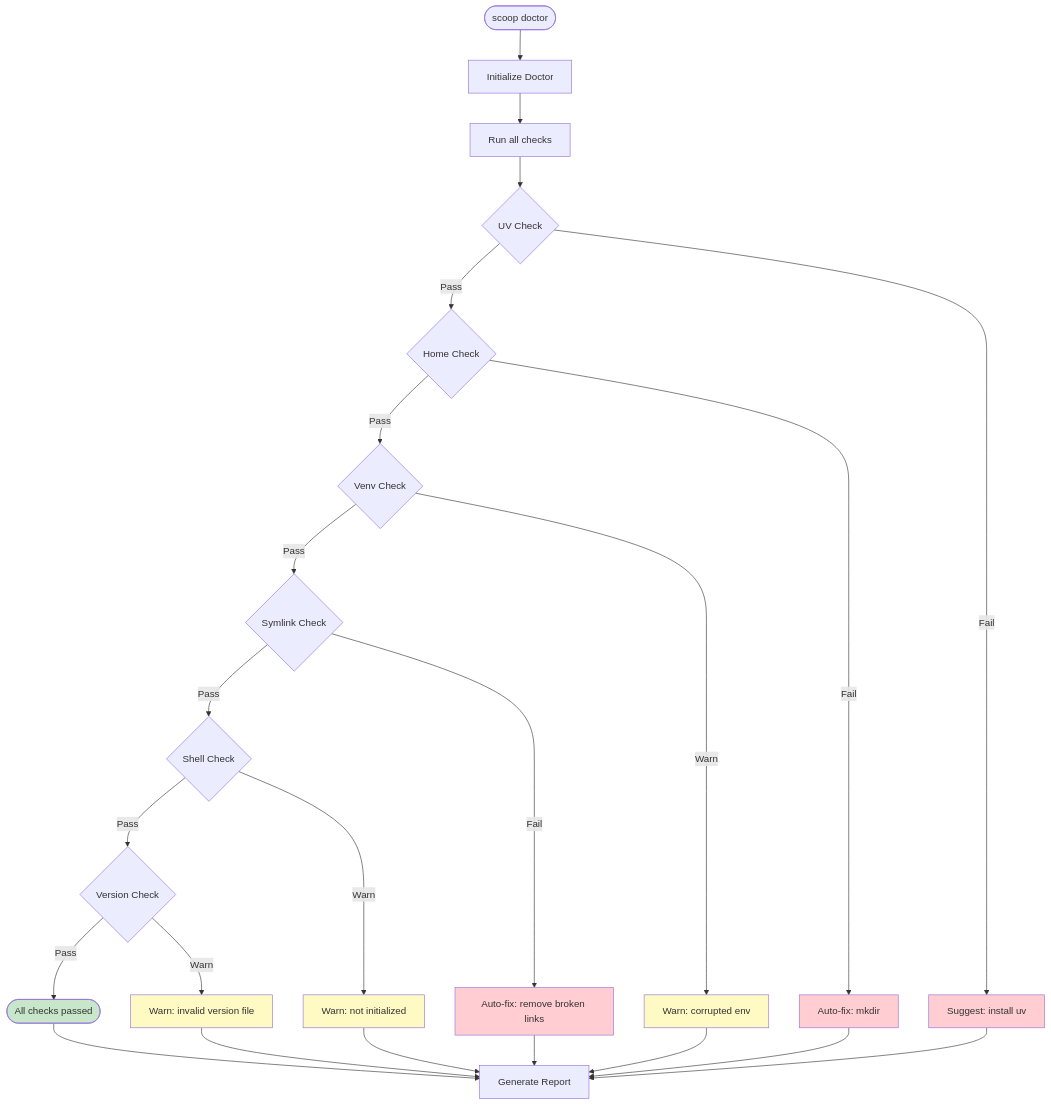
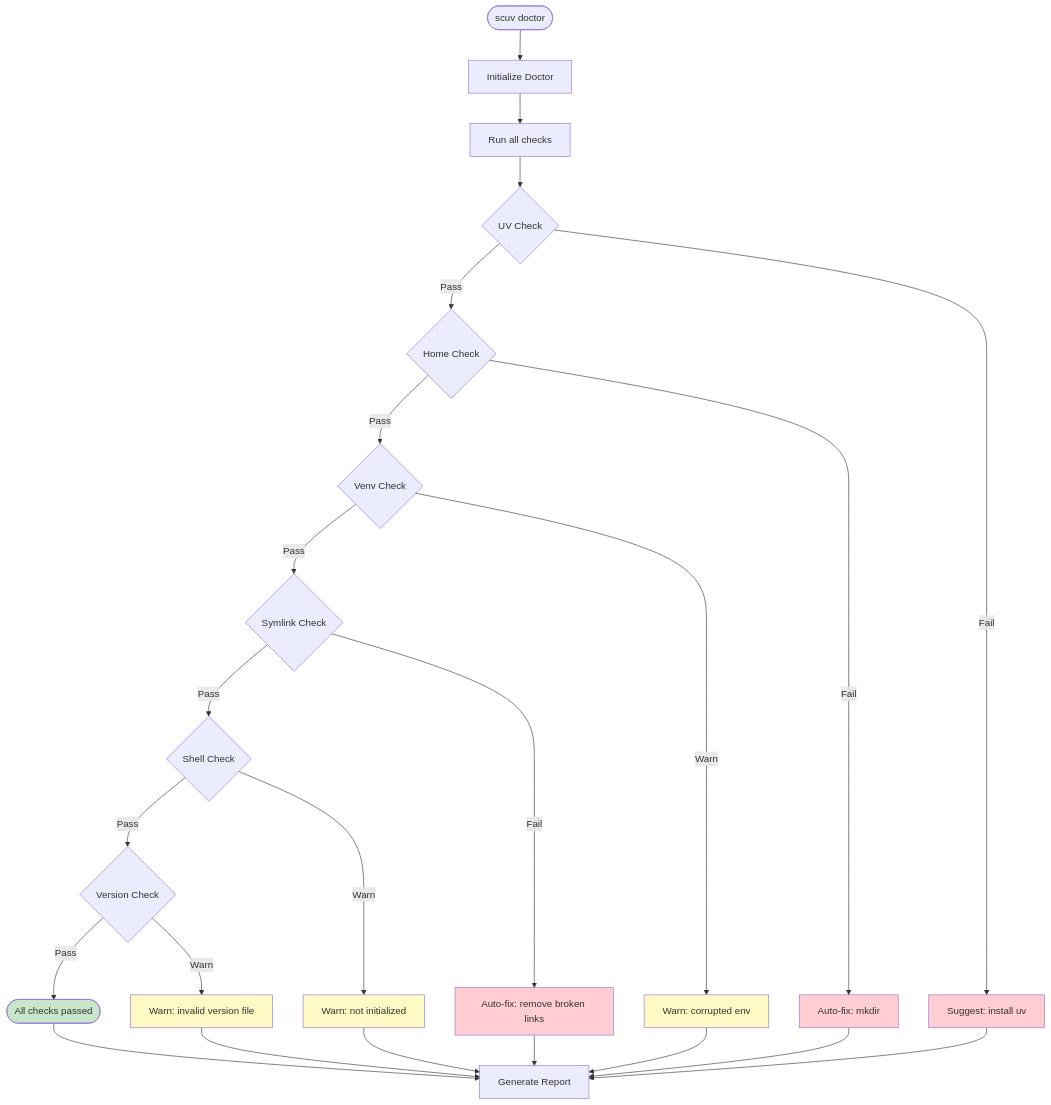
One commit to ai-screams/scoop-uv changed the fifth of 6 diagrams in docs/src/development/architecture.md. Above: the diagram before and after it, drawn with Mermaid. The commit also changed other lines of this file and 46 other files, not shown here.

````diff
--- a/docs/src/development/architecture.md
+++ b/docs/src/development/architecture.md
@@ -236,40 +236,40 @@
 ```mermaid
 flowchart TD
-    Start([scoop doctor]) --> Init[Initialize Doctor]
+    Start([scuv doctor]) --> Init[Initialize Doctor]
     Init --> Run[Run all checks]
 
     Run --> UV{UV Check}
     UV -->|Pass| Home{Home Check}
     UV -->|Fail| Fix1[Suggest: install uv]
 
     Home -->|Pass| Venv{Venv Check}
     Home -->|Fail| Fix2[Auto-fix: mkdir]
 
     Venv -->|Pass| Link{Symlink Check}
     Venv -->|Warn| Warn1[Warn: corrupted env]
 
     Link -->|Pass| Shell{Shell Check}
     Link -->|Fail| Fix3[Auto-fix: remove broken links]
 
     Shell -->|Pass| Ver{Version Check}
     Shell -->|Warn| Warn2[Warn: not initialized]
 
     Ver -->|Pass| Done([All checks passed])
     Ver -->|Warn| Warn3[Warn: invalid version file]
 
     Fix1 --> Report[Generate Report]
     Fix2 --> Report
     Fix3 --> Report
     Warn1 --> Report
     Warn2 --> Report
     Warn3 --> Report
     Done --> Report
 
     style Done fill:#c8e6c9
     style Fix1 fill:#ffcdd2
     style Fix2 fill:#ffcdd2
     style Fix3 fill:#ffcdd2
     style Warn1 fill:#fff9c4
     style Warn2 fill:#fff9c4
     style Warn3 fill:#fff9c4
 ```
````
